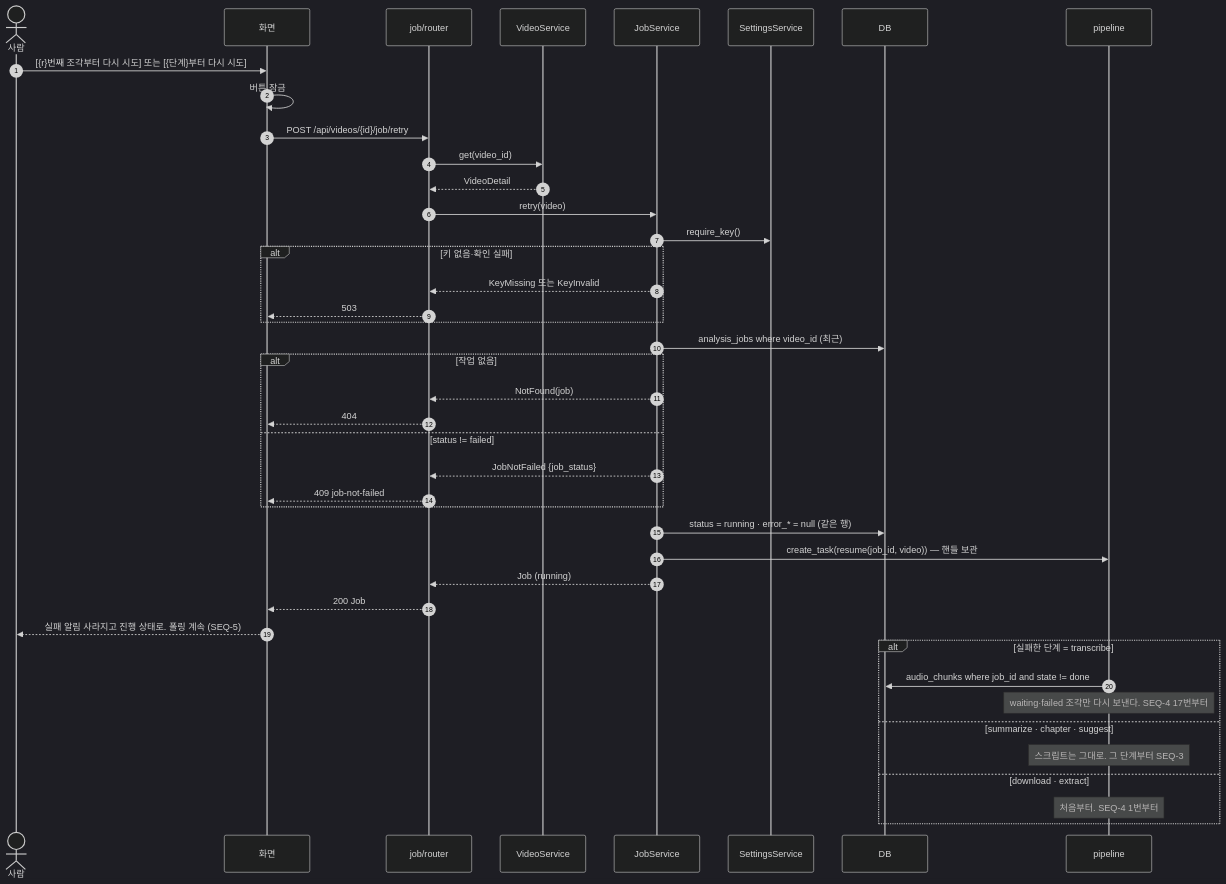
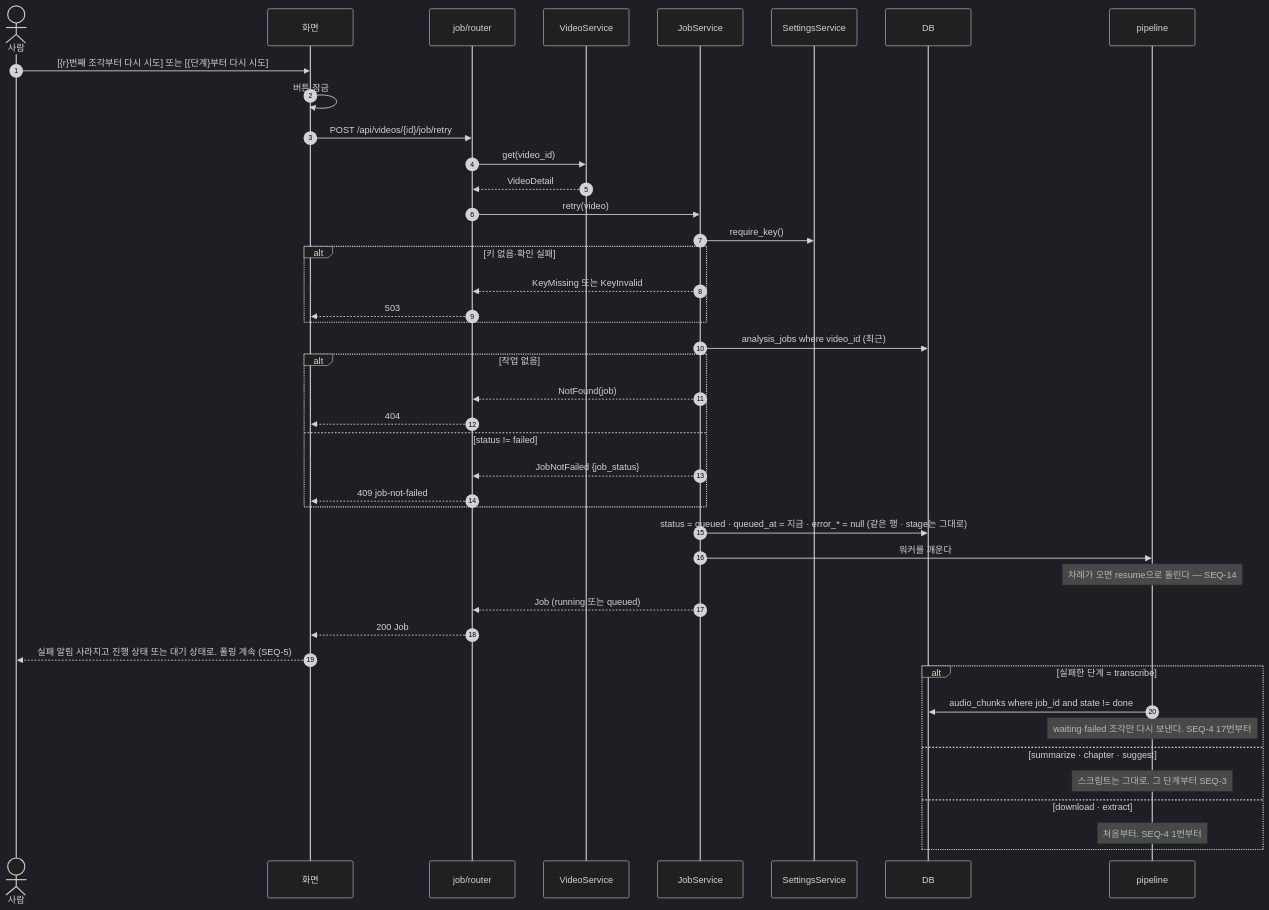
Before and after one commit to HoyoungParkme/video-agent: the sixth of 15 diagrams in docs/specs/09-SEQ/VA-SEQ-001.md, drawn with Mermaid (dark theme). The commit also changed other lines of this file, not shown here.

Commit message:
대기열 반영 — SEQ-2·6은 queued로 넣고 깨움, SEQ-14 워커 추가, SEQ-13 워커 띄움, SEQ-12 .env 저장. 되먹일 것 #7·#8

````diff
--- a/docs/specs/09-SEQ/VA-SEQ-001.md
+++ b/docs/specs/09-SEQ/VA-SEQ-001.md
@@ -450,45 +456,46 @@
 ```mermaid
 sequenceDiagram
     autonumber
     actor U as 사람
     participant W as 화면
     participant RJ as job/router
     participant VS as VideoService
     participant JS as JobService
     participant SS as SettingsService
     participant DB
     participant PL as pipeline
 
     U->>W: [{r}번째 조각부터 다시 시도] 또는 [{단계}부터 다시 시도]
     W->>W: 버튼 잠금
     W->>RJ: POST /api/videos/{id}/job/retry
     RJ->>VS: get(video_id)
     VS-->>RJ: VideoDetail
     RJ->>JS: retry(video)
     JS->>SS: require_key()
     alt 키 없음·확인 실패
         JS-->>RJ: KeyMissing 또는 KeyInvalid
         RJ-->>W: 503
     end
     JS->>DB: analysis_jobs where video_id (최근)
     alt 작업 없음
         JS-->>RJ: NotFound(job)
         RJ-->>W: 404
     else status != failed
         JS-->>RJ: JobNotFailed {job_status}
         RJ-->>W: 409 job-not-failed
     end
-    JS->>DB: status = running · error_* = null (같은 행)
-    JS->>PL: create_task(resume(job_id, video)) — 핸들 보관
-    JS-->>RJ: Job (running)
+    JS->>DB: status = queued · queued_at = 지금 · error_* = null (같은 행 · stage는 그대로)
+    JS->>PL: 워커를 깨운다
+    Note over PL: 차례가 오면 resume으로 돌린다 — SEQ-14
+    JS-->>RJ: Job (running 또는 queued)
     RJ-->>W: 200 Job
-    W-->>U: 실패 알림 사라지고 진행 상태로. 폴링 계속 (SEQ-5)
+    W-->>U: 실패 알림 사라지고 진행 상태 또는 대기 상태로. 폴링 계속 (SEQ-5)
     alt 실패한 단계 = transcribe
         PL->>DB: audio_chunks where job_id and state != done
         Note over PL: waiting·failed 조각만 다시 보낸다. SEQ-4 17번부터
     else summarize · chapter · suggest
         Note over PL: 스크립트는 그대로. 그 단계부터 SEQ-3
     else download · extract
         Note over PL: 처음부터. SEQ-4 1번부터
     end
 ```
````
